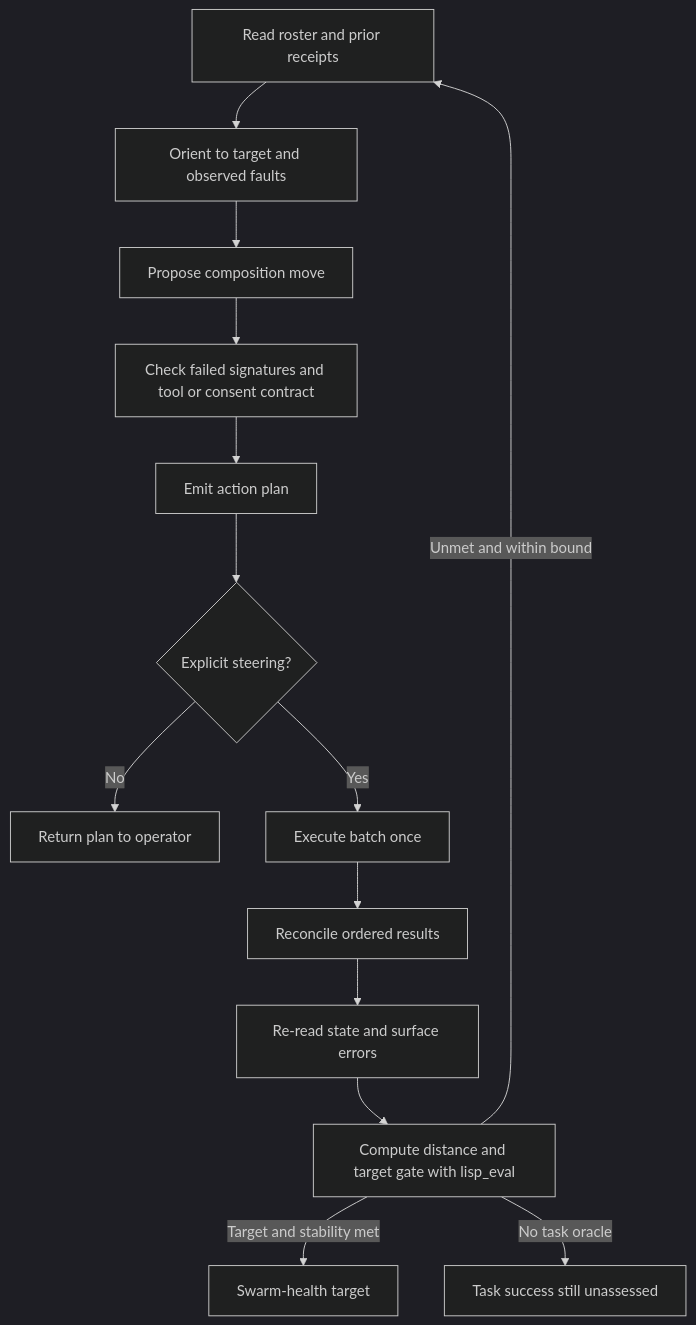
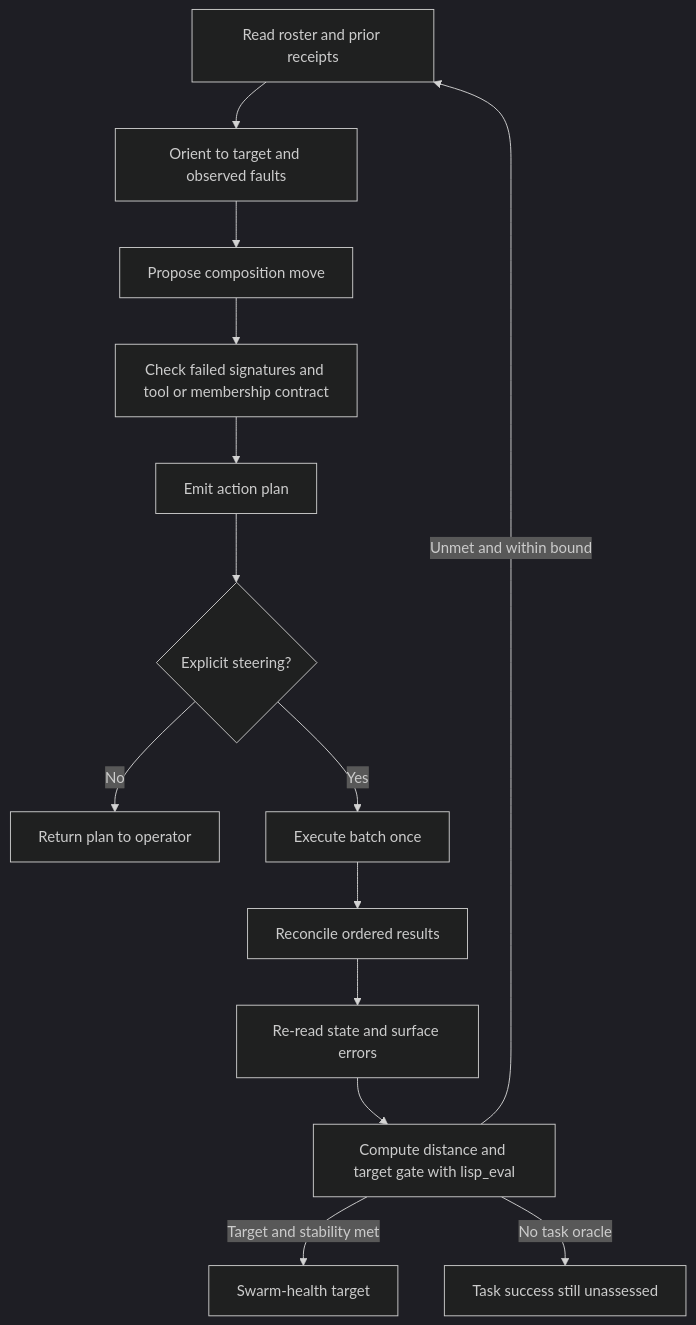
The fifth of 6 diagrams in kask/docs/diagrams/swarm.md (mdz-axo/zed-kask), drawn with Mermaid (dark theme) before and after one commit. The commit also changed other lines of this file and 31 other files, not shown here.

````diff
--- a/kask/docs/diagrams/swarm.md
+++ b/kask/docs/diagrams/swarm.md
@@ -417,16 +342,16 @@
 ```mermaid
 flowchart TD
     Sense[Read roster and prior receipts] --> Orient[Orient to target and observed faults]
     Orient --> Decide[Propose composition move]
-    Decide --> Preflight[Check failed signatures and tool or consent contract]
+    Decide --> Preflight[Check failed signatures and tool or membership contract]
     Preflight --> Act[Emit action plan]
     Act --> Mode{Explicit steering?}
     Mode -->|No| Advisory[Return plan to operator]
     Mode -->|Yes| Execute[Execute batch once]
     Execute --> Receipt[Reconcile ordered results]
     Receipt --> Check[Re-read state and surface errors]
     Check --> Gate[Compute distance and target gate with lisp_eval]
     Gate -->|Unmet and within bound| Sense
     Gate -->|Target and stability met| Exit[Swarm-health target]
     Gate -->|No task oracle| GoSee[Task success still unassessed]
 ```
````
